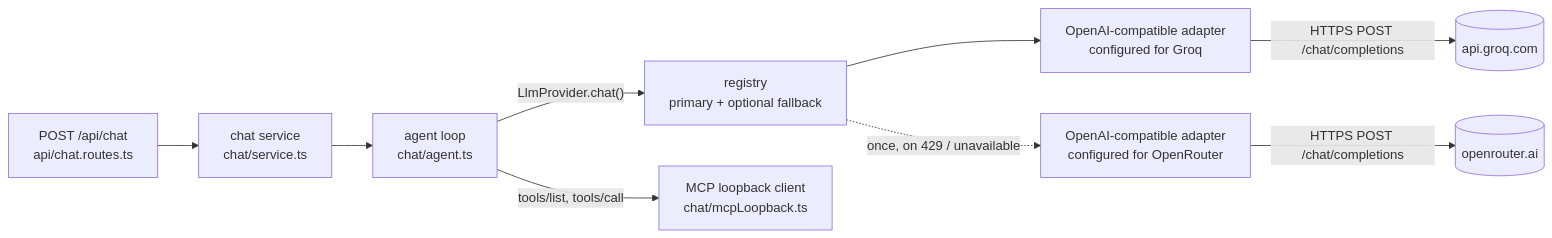
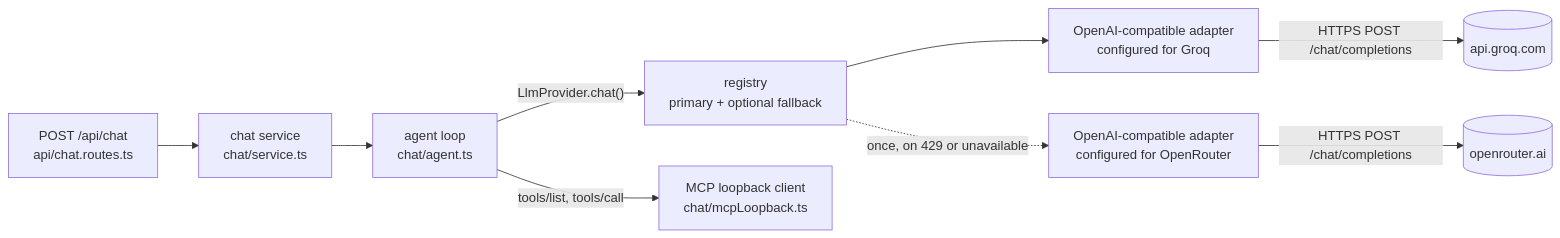
Before and after one commit to tushar66sharma/MCP-Gateway-on-Kubernetes: the diagram in docs/ai-integration.md, drawn with Mermaid. The commit also changed 2 other files, not shown here.

Commit message:
docs: fix Mermaid syntax in the new dashboard and chat diagrams

````diff
--- a/docs/ai-integration.md
+++ b/docs/ai-integration.md
@@ -15,11 +15,11 @@
 ```mermaid
 flowchart LR
   R["POST /api/chat<br/>api/chat.routes.ts"] --> S["chat service<br/>chat/service.ts"]
   S --> A["agent loop<br/>chat/agent.ts"]
   A -- "LlmProvider.chat()" --> REG["registry<br/>primary + optional fallback"]
   REG --> P1["OpenAI-compatible adapter<br/>configured for Groq"]
-  REG -. "once, on 429 / unavailable" .-> P2["OpenAI-compatible adapter<br/>configured for OpenRouter"]
+  REG -.->|"once, on 429 or unavailable"| P2["OpenAI-compatible adapter<br/>configured for OpenRouter"]
   P1 -- "HTTPS POST /chat/completions" --> G[("api.groq.com")]
   P2 -- "HTTPS POST /chat/completions" --> O[("openrouter.ai")]
   A -- "tools/list, tools/call" --> L["MCP loopback client<br/>chat/mcpLoopback.ts"]
 ```
````
